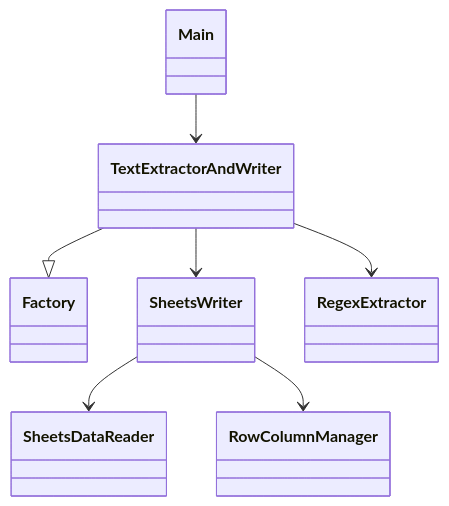
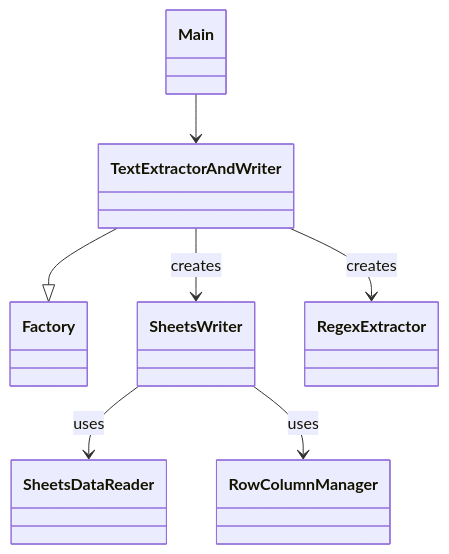
One commit to kendama5ko/TextExtractorFactory changed the first of 3 diagrams in README.md. Above: the diagram before and after it, drawn with Mermaid.

Commit message:
[README.md] 詳細を追加

````diff
--- a/README.md
+++ b/README.md
@@ -2,9 +2,9 @@
 ```mermaid
 classDiagram
 Main --> TextExtractorAndWriter
 TextExtractorAndWriter --|> Factory
-TextExtractorAndWriter --> SheetsWriter
-SheetsWriter --> SheetsDataReader
-SheetsWriter --> RowColumnManager
-TextExtractorAndWriter --> RegexExtractor
+TextExtractorAndWriter --> SheetsWriter: creates
+SheetsWriter --> SheetsDataReader: uses
+SheetsWriter --> RowColumnManager: uses
+TextExtractorAndWriter --> RegexExtractor: creates
 ```
````
